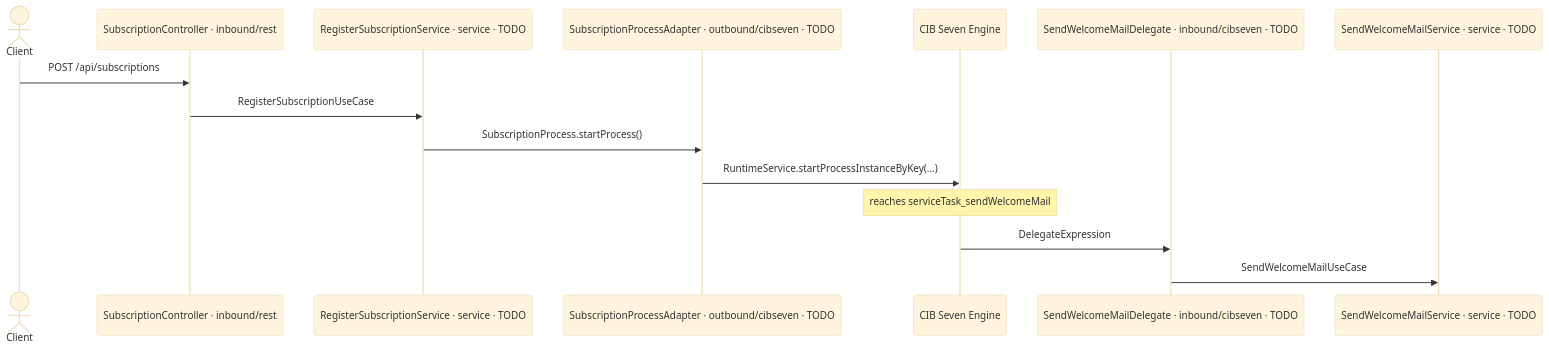
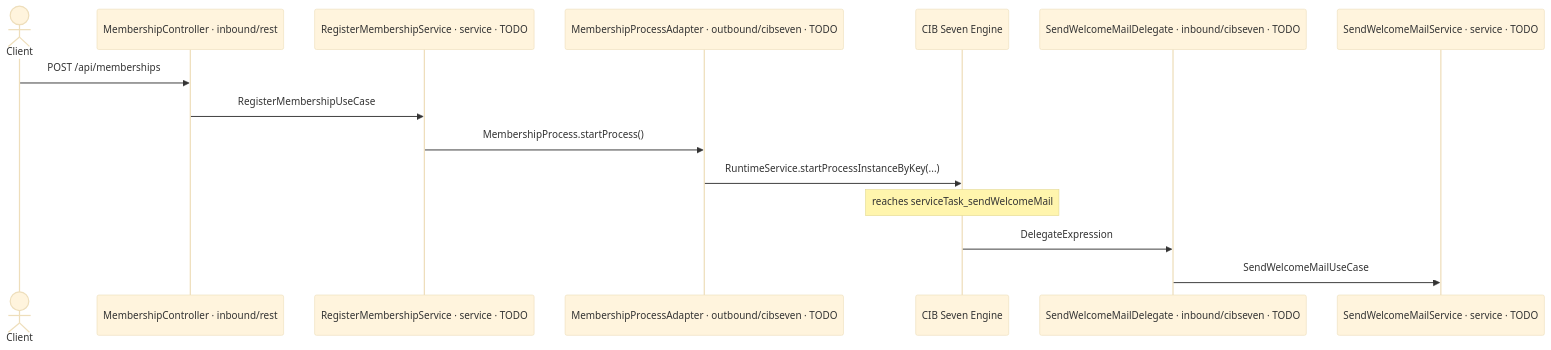
The diagram in docs/en/exercise-02.md (Miragon/cibseven-developer-training-exercises), drawn with Mermaid (base theme) before and after one commit. The commit also changed other lines of this file and 148 other files, not shown here.

````diff
--- a/docs/en/exercise-02.md
+++ b/docs/en/exercise-02.md
@@ -44,18 +48,18 @@
 ```mermaid
 sequenceDiagram
     actor Client
-    participant Ctrl as SubscriptionController · inbound/rest
-    participant Svc as RegisterSubscriptionService · service · TODO
-    participant Adp as SubscriptionProcessAdapter · outbound/cibseven · TODO
+    participant Ctrl as MembershipController · inbound/rest
+    participant Svc as RegisterMembershipService · service · TODO
+    participant Adp as MembershipProcessAdapter · outbound/cibseven · TODO
     participant Eng as CIB Seven Engine
     participant Del as SendWelcomeMailDelegate · inbound/cibseven · TODO
     participant Mail as SendWelcomeMailService · service · TODO
 
-    Client->>Ctrl: POST /api/subscriptions
-    Ctrl->>Svc: RegisterSubscriptionUseCase
-    Svc->>Adp: SubscriptionProcess.startProcess()
+    Client->>Ctrl: POST /api/memberships
+    Ctrl->>Svc: RegisterMembershipUseCase
+    Svc->>Adp: MembershipProcess.startProcess()
     Adp->>Eng: RuntimeService.startProcessInstanceByKey(...)
     Note over Eng: reaches serviceTask_sendWelcomeMail
     Eng->>Del: DelegateExpression
     Del->>Mail: SendWelcomeMailUseCase
 ```
````
